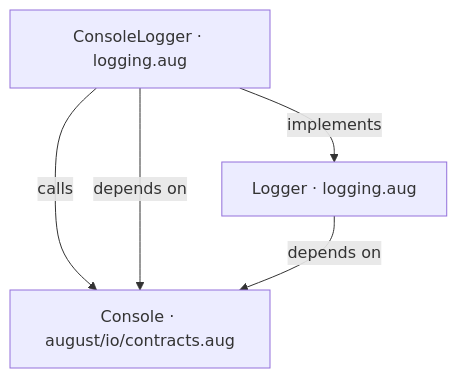
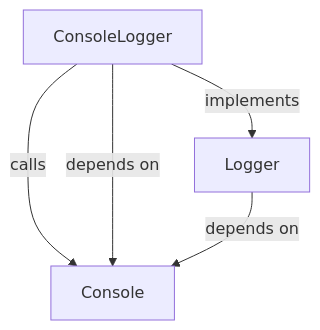
One commit to GreenPandaStudios/augscript changed the first of 3 diagrams in docs/examples/interceptors/logging-diagrams.md. Above: the diagram before and after it, drawn with Mermaid. The commit also changed other lines of this file and 524 other files, not shown here.

Commit message:
Explain checked data flow at folder and service levels

````diff
--- a/docs/examples/interceptors/logging-diagrams.md
+++ b/docs/examples/interceptors/logging-diagrams.md
@@ -19,10 +19,10 @@
 ```mermaid
 flowchart TD
-    n0["Console · august/io/contracts.aug"]
-    n1["ConsoleLogger · logging.aug"]
-    n2["Logger · logging.aug"]
+    n0["Console"]
+    n1["ConsoleLogger"]
+    n2["Logger"]
     n1 -->|"calls"| n0
     n1 -->|"depends on"| n0
     n1 -->|"implements"| n2
     n2 -->|"depends on"| n0
 ```
````
